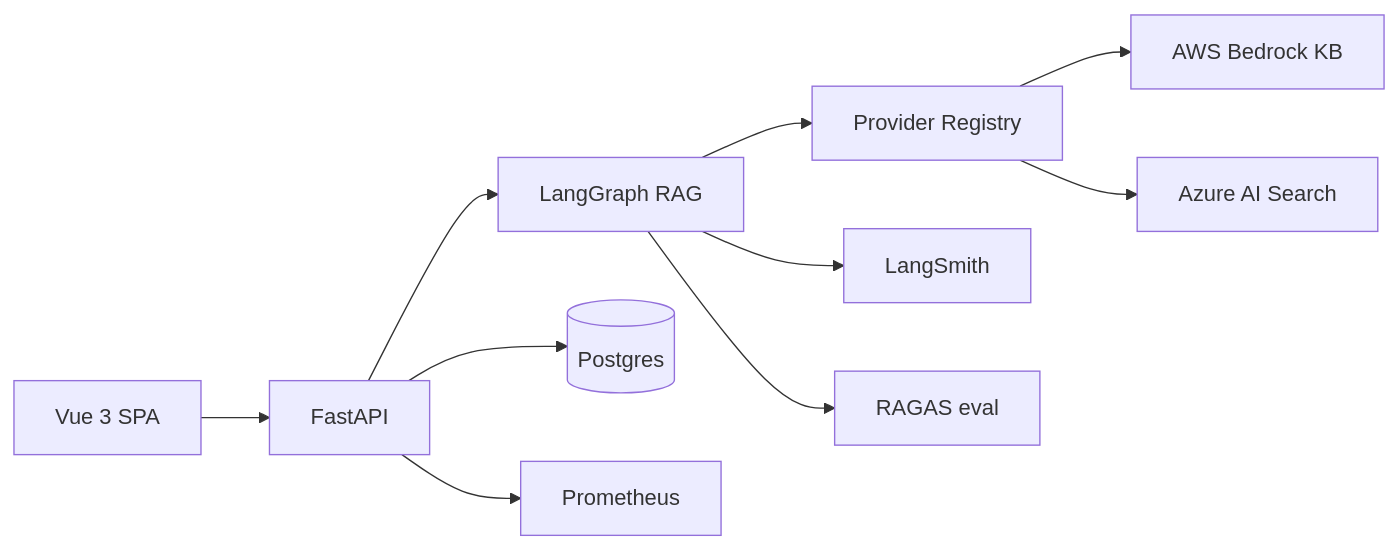
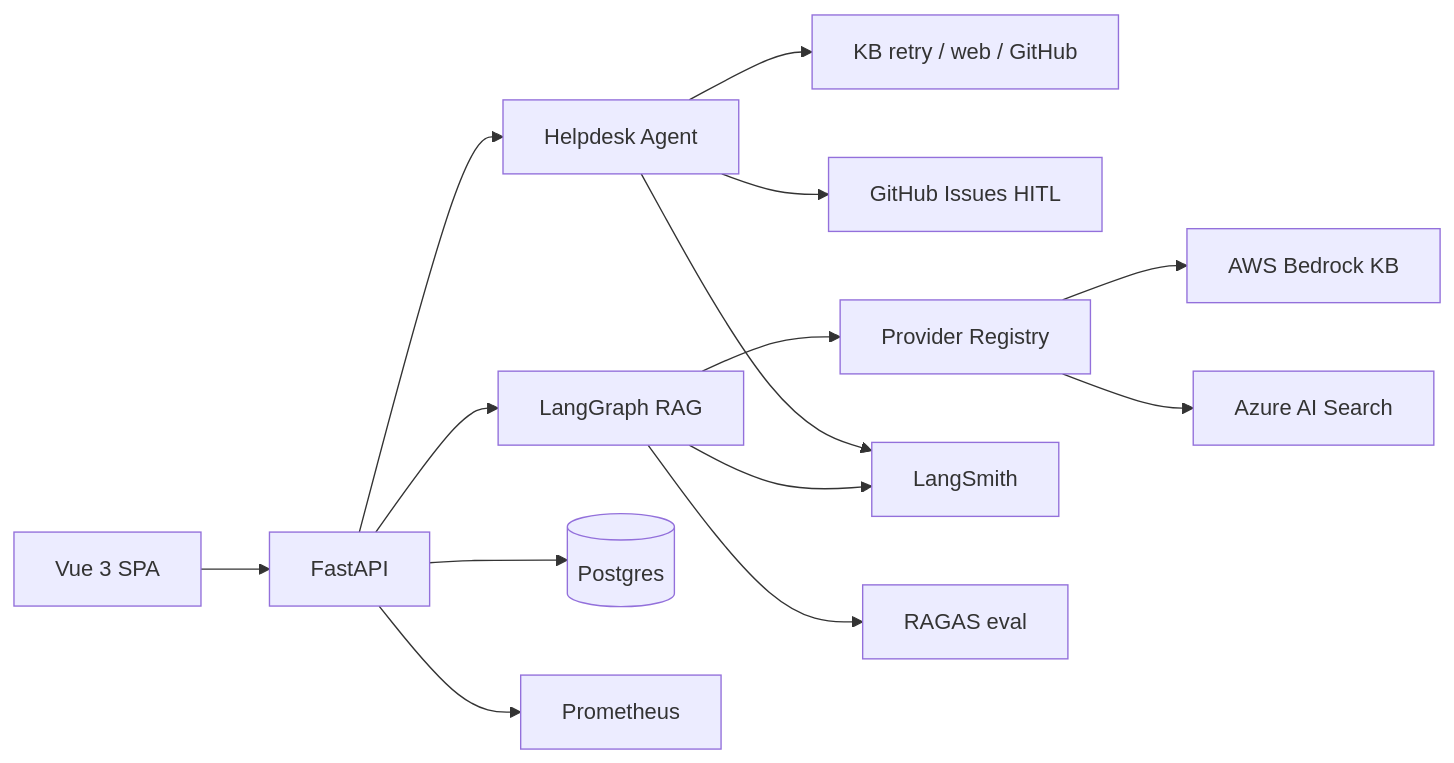
One commit to sandeep-jay/campus-rag-assistant changed the diagram in docs/index.md. Above: the diagram before and after it, drawn with Mermaid. The commit also changed other lines of this file and 11 other files, not shown here.

First line of the commit message:
docs: v3 architecture diagrams, agent screenshots, release notes

````diff
--- a/docs/index.md
+++ b/docs/index.md
@@ -75,12 +75,16 @@
 ```mermaid
 flowchart LR
   VueSPA["Vue 3 SPA"] --> FastAPI["FastAPI"]
   FastAPI --> LangGraph["LangGraph RAG"]
+  FastAPI --> HelpdeskAgent["Helpdesk Agent"]
+  HelpdeskAgent --> AgentTools["KB retry / web / GitHub"]
+  HelpdeskAgent --> GHIssues["GitHub Issues HITL"]
   LangGraph --> Providers["Provider Registry"]
   Providers --> BedrockKB["AWS Bedrock KB"]
   Providers --> AzureAI["Azure AI Search"]
   FastAPI --> Postgres[("Postgres")]
   FastAPI --> Prometheus["Prometheus"]
   LangGraph --> LangSmith["LangSmith"]
+  HelpdeskAgent --> LangSmith
   LangGraph --> RAGAS["RAGAS eval"]
 ```
````
